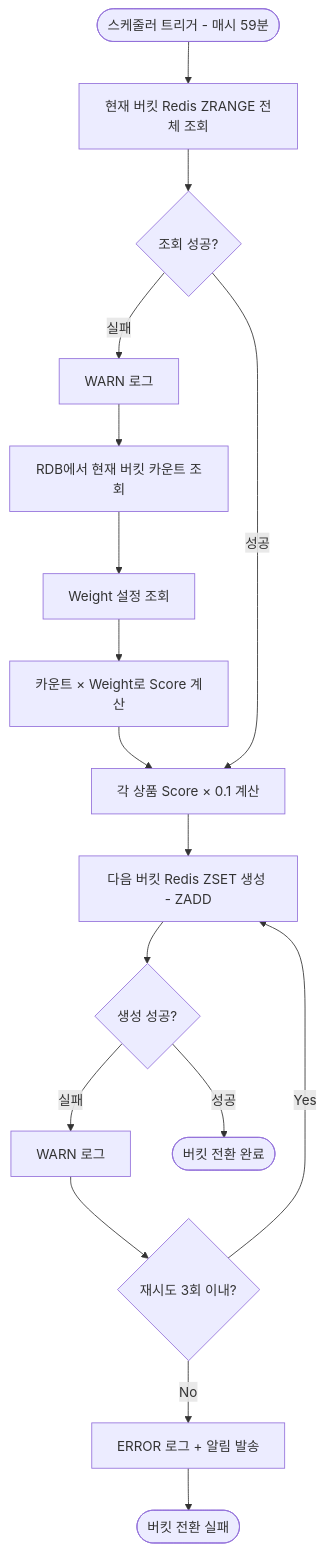
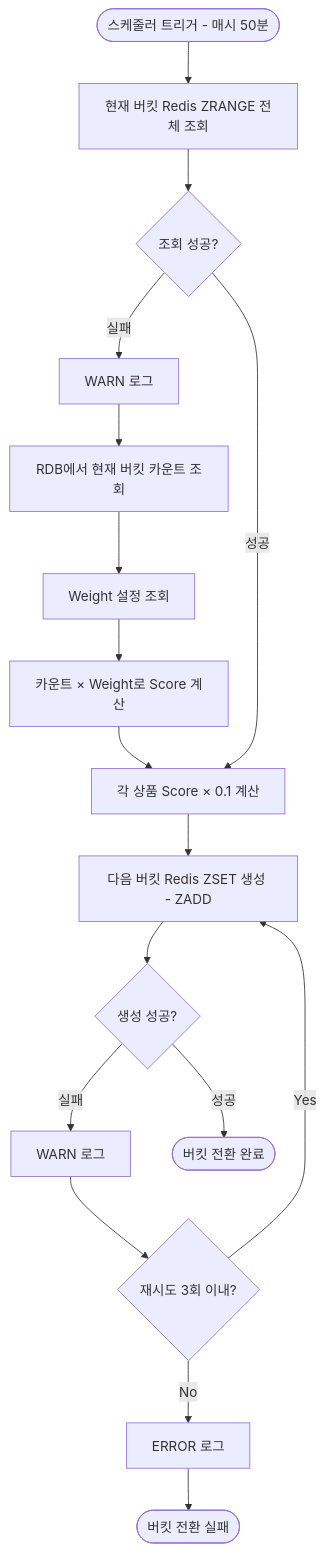
One commit to Loopers-dev-lab/loopers-spring-kotlin-template changed the second of 4 diagrams in docs/week9/detailed-design-ranking-system.md. Above: the diagram before and after it, drawn with Mermaid. The commit also changed other lines of this file and 1 other file, not shown here.

````diff
--- a/docs/week9/detailed-design-ranking-system.md
+++ b/docs/week9/detailed-design-ranking-system.md
@@ -66,26 +66,26 @@
 ```mermaid
 flowchart TD
-    Start([스케줄러 트리거 - 매시 59분]) --> FetchCurrentScores[현재 버킷 Redis ZRANGE 전체 조회]
+    Start([스케줄러 트리거 - 매시 50분]) --> FetchCurrentScores[현재 버킷 Redis ZRANGE 전체 조회]
     
     FetchCurrentScores --> RedisReadSuccess{조회 성공?}
     
     RedisReadSuccess -->|실패| LogReadError[WARN 로그]
     LogReadError --> FallbackRDB[RDB에서 현재 버킷 카운트 조회]
     FallbackRDB --> FetchWeight[Weight 설정 조회]
     FetchWeight --> CalcScoreFromRDB[카운트 × Weight로 Score 계산]
     CalcScoreFromRDB --> CalcDecay
     
     RedisReadSuccess -->|성공| CalcDecay[각 상품 Score × 0.1 계산]
     
     CalcDecay --> CreateNextBucket[다음 버킷 Redis ZSET 생성 - ZADD]
     
     CreateNextBucket --> RedisWriteSuccess{생성 성공?}
     
     RedisWriteSuccess -->|실패| LogRetryWarn[WARN 로그]
     LogRetryWarn --> RetryRedis{재시도 3회 이내?}
     RetryRedis -->|Yes| CreateNextBucket
-    RetryRedis -->|No| SendAlert[ERROR 로그 + 알림 발송]
+    RetryRedis -->|No| SendAlert[ERROR 로그]
     SendAlert --> End1([버킷 전환 실패])
     
     RedisWriteSuccess -->|성공| End2([버킷 전환 완료])
 ```
````
